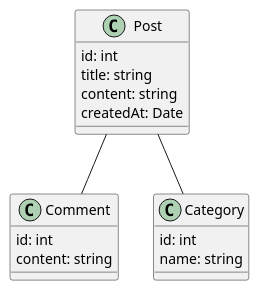
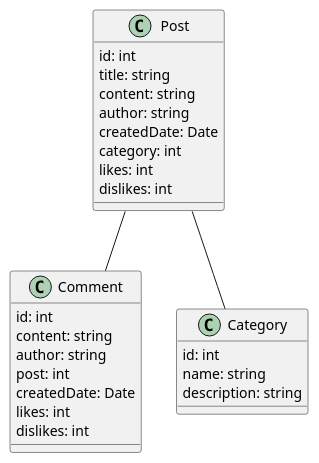
Before and after one commit to C0RR1T/pepser: the first of 3 diagrams in objects.adoc, drawn with PlantUML. The commit also changed other lines of this file and 1 other file, not shown here.

```diff
--- a/objects.adoc
+++ b/objects.adoc
@@ -3,27 +3,37 @@
 [plantuml]
 ----
 @startuml
 
 class Post {
     id: int
     title: string
     content: string
-    createdAt: Date
+    author: string
+    createdDate: Date
+    category: int
+    likes: int
+    dislikes: int
 }
 
 class Comment {
     id: int
     content: string
+    author: string
+    post: int
+    createdDate: Date
+    likes: int
+    dislikes: int
 }
 
 class Category {
     id: int
     name: string
+    description: string
 }
 
 Post -- Category
 
 Post --  Comment
 
 @enduml
 ----
```
